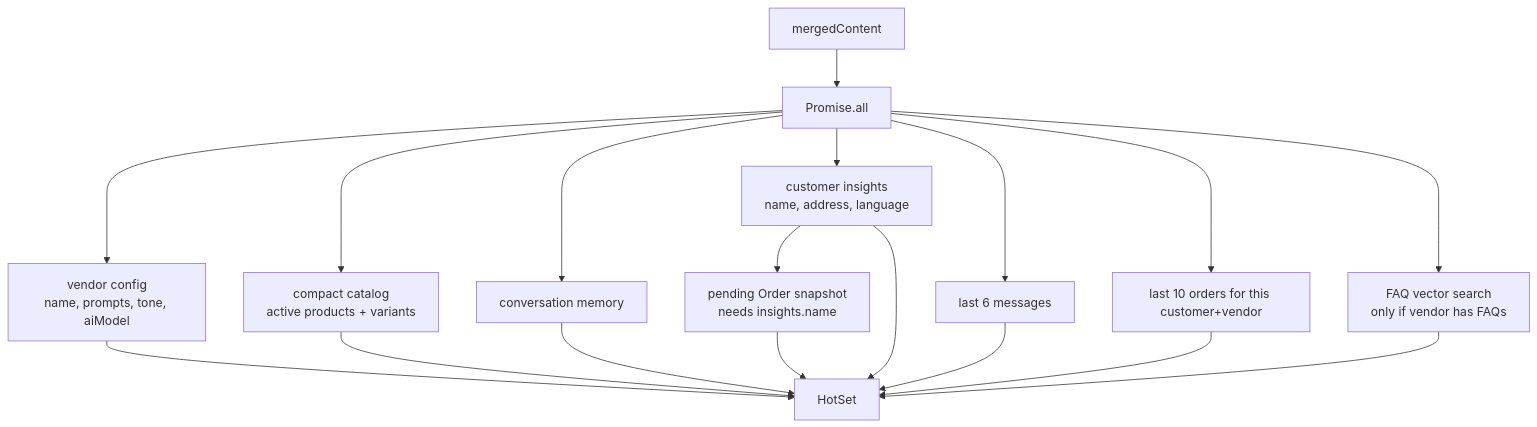
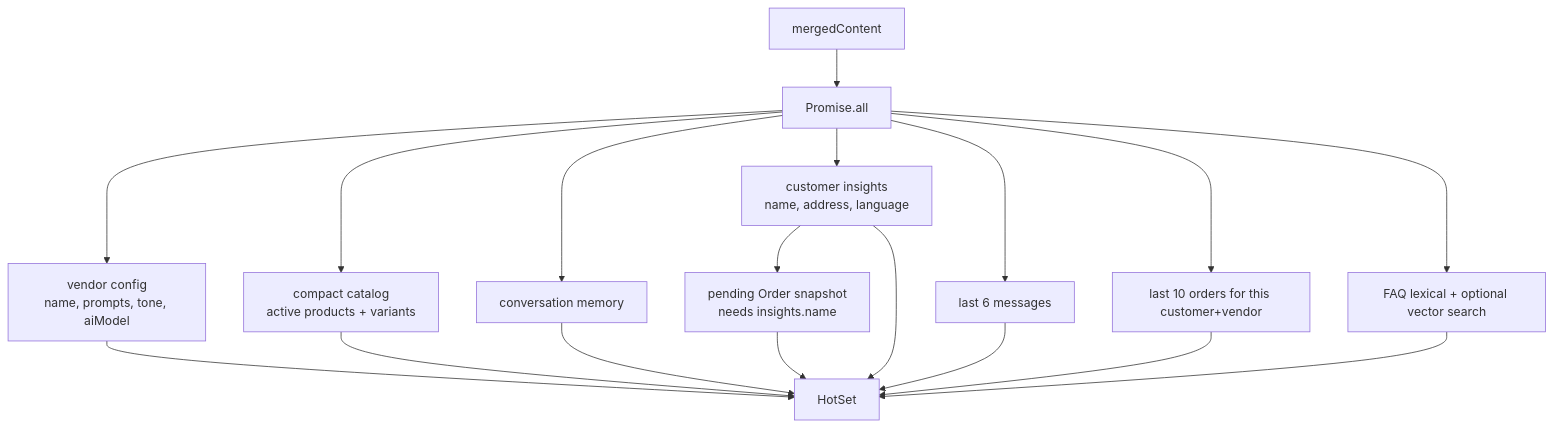
One commit to roshan-1904/chatlogix-gowtham changed the sixth of 10 diagrams in docs/INCOMING_RESPONSE_GENERATOR_FLOW.md. Above: the diagram before and after it, drawn with Mermaid. The commit also changed other lines of this file and 18 other files, not shown here.

First line of the commit message:
feat: enhance authentication flow with Firebase integration

````diff
--- a/docs/INCOMING_RESPONSE_GENERATOR_FLOW.md
+++ b/docs/INCOMING_RESPONSE_GENERATOR_FLOW.md
@@ -214,13 +214,13 @@
 ```mermaid
 flowchart TD
   MSG[mergedContent] --> P[Promise.all]
   P --> VC[vendor config<br/>name, prompts, tone, aiModel]
   P --> CAT[compact catalog<br/>active products + variants]
   P --> MEM[conversation memory]
   P --> INS[customer insights<br/>name, address, language]
   P --> REC[last 6 messages]
   P --> HIST[last 10 orders for this customer+vendor]
-  P --> FAQ[FAQ vector search<br/>only if vendor has FAQs]
+  P --> FAQ[FAQ lexical + optional vector search]
   INS --> PO[pending Order snapshot<br/>needs insights.name]
   VC & CAT & MEM & INS & REC & HIST & FAQ & PO --> HOT[HotSet]
 ```
````
